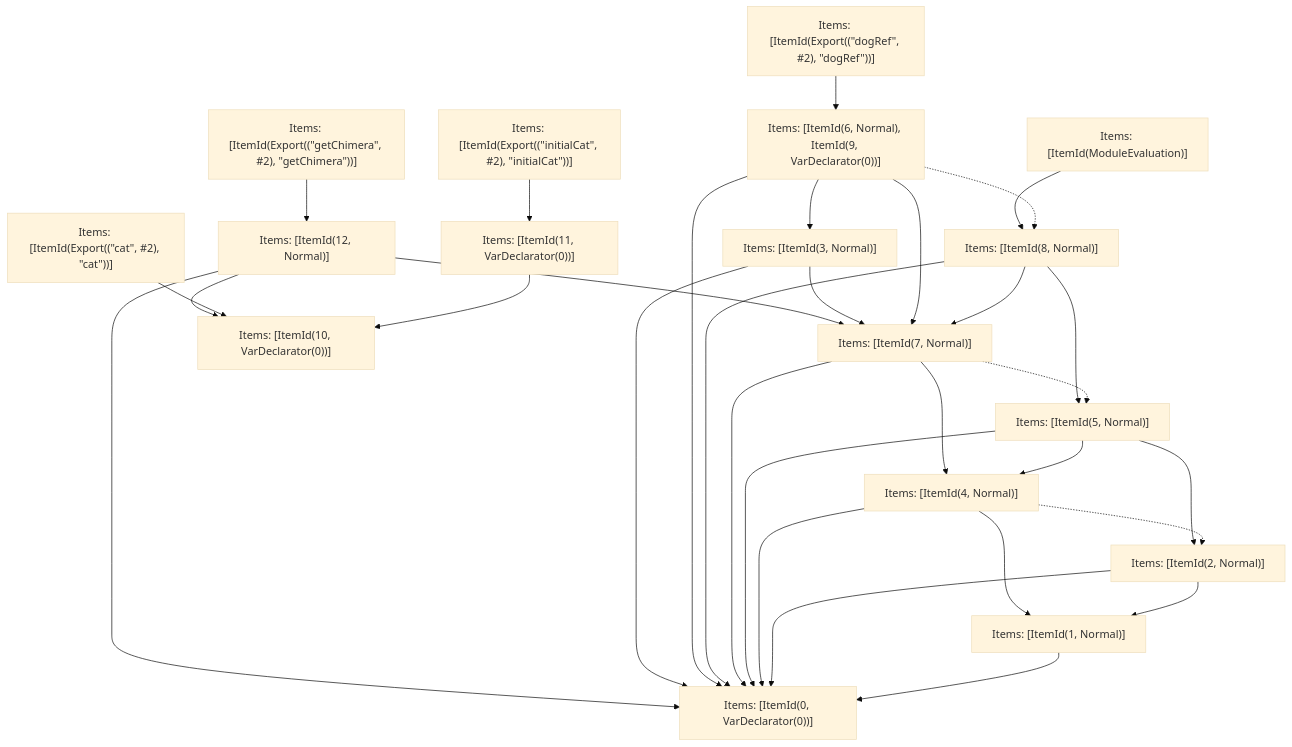
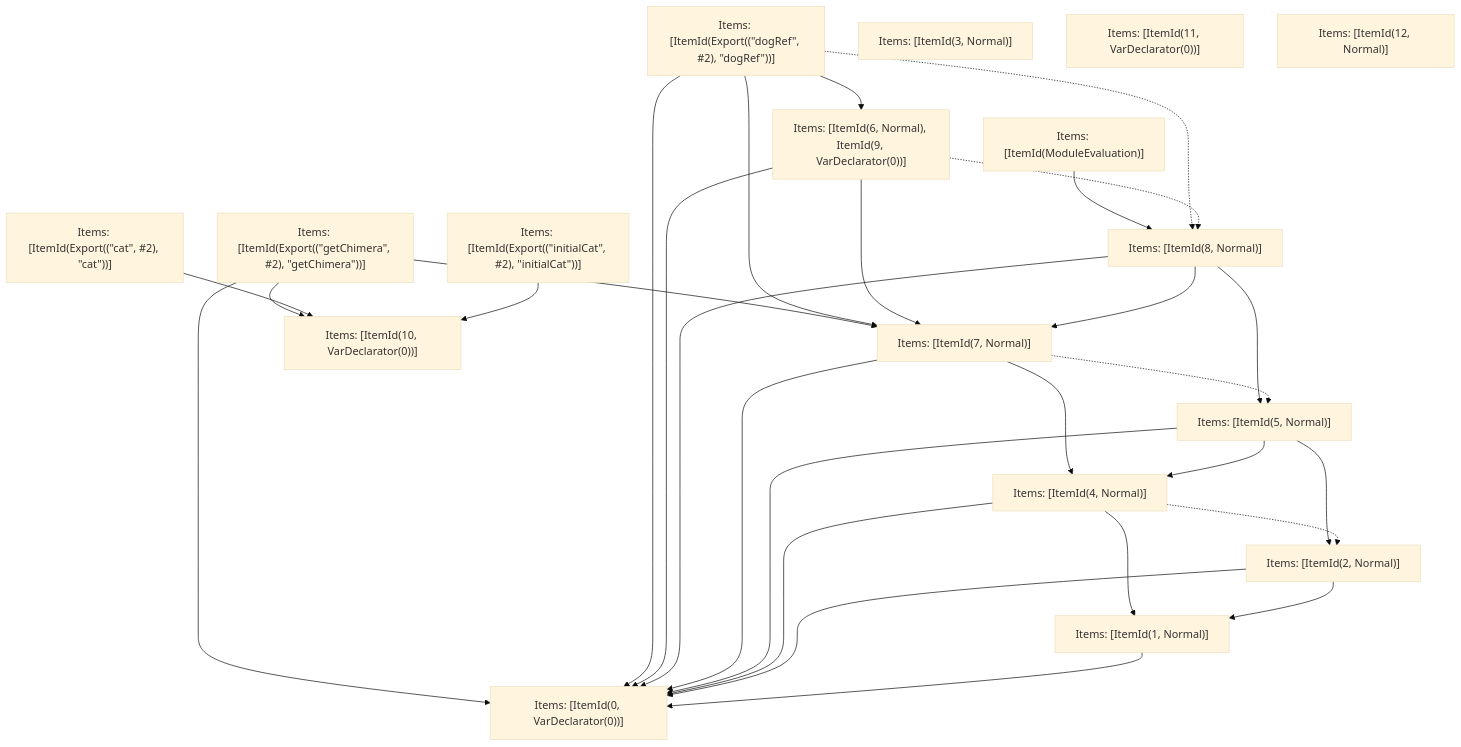
One commit to Sonar-UX-Testing-FreePlan/next.js changed the fifth of 5 diagrams in turbopack/crates/turbopack-ecmascript/tests/tree-shaker/analyzer/complex/output.md. Above: the diagram before and after it, drawn with Mermaid (base theme). The commit also changed other lines of this file and 38 other files, not shown here.

````diff
--- a/turbopack/crates/turbopack-ecmascript/tests/tree-shaker/analyzer/complex/output.md
+++ b/turbopack/crates/turbopack-ecmascript/tests/tree-shaker/analyzer/complex/output.md
@@ -351,50 +351,48 @@
 ```mermaid
 graph TD
     N0["Items: [ItemId(ModuleEvaluation)]"];
     N1["Items: [ItemId(Export((&quot;cat&quot;, #2), &quot;cat&quot;))]"];
     N2["Items: [ItemId(Export((&quot;dogRef&quot;, #2), &quot;dogRef&quot;))]"];
     N3["Items: [ItemId(Export((&quot;getChimera&quot;, #2), &quot;getChimera&quot;))]"];
     N4["Items: [ItemId(Export((&quot;initialCat&quot;, #2), &quot;initialCat&quot;))]"];
     N5["Items: [ItemId(0, VarDeclarator(0))]"];
     N6["Items: [ItemId(1, Normal)]"];
     N7["Items: [ItemId(2, Normal)]"];
-    N8["Items: [ItemId(3, Normal)]"];
-    N9["Items: [ItemId(4, Normal)]"];
-    N10["Items: [ItemId(5, Normal)]"];
-    N11["Items: [ItemId(6, Normal), ItemId(9, VarDeclarator(0))]"];
-    N12["Items: [ItemId(7, Normal)]"];
-    N13["Items: [ItemId(8, Normal)]"];
-    N14["Items: [ItemId(10, VarDeclarator(0))]"];
+    N8["Items: [ItemId(4, Normal)]"];
+    N9["Items: [ItemId(5, Normal)]"];
+    N10["Items: [ItemId(6, Normal), ItemId(9, VarDeclarator(0))]"];
+    N11["Items: [ItemId(7, Normal)]"];
+    N12["Items: [ItemId(8, Normal)]"];
+    N13["Items: [ItemId(10, VarDeclarator(0))]"];
+    N14["Items: [ItemId(3, Normal)]"];
     N15["Items: [ItemId(11, VarDeclarator(0))]"];
     N16["Items: [ItemId(12, Normal)]"];
     N6 --> N5;
     N7 --> N6;
     N7 --> N5;
-    N9 --> N6;
+    N8 --> N6;
+    N8 --> N5;
+    N8 -.-> N7;
+    N9 --> N8;
     N9 --> N5;
-    N9 -.-> N7;
-    N10 --> N9;
+    N9 --> N7;
+    N11 --> N8;
+    N11 --> N5;
+    N11 -.-> N9;
+    N12 --> N11;
+    N12 --> N5;
+    N12 --> N9;
+    N10 --> N11;
     N10 --> N5;
-    N10 --> N7;
-    N12 --> N9;
-    N12 --> N5;
-    N12 -.-> N10;
-    N13 --> N12;
-    N13 --> N5;
-    N13 --> N10;
-    N11 --> N12;
-    N11 --> N5;
-    N11 --> N8;
-    N15 --> N14;
+    N4 --> N13;
     N2 --> N11;
-    N1 --> N14;
-    N4 --> N15;
-    N3 --> N16;
-    N8 --> N12;
-    N8 --> N5;
-    N11 -.-> N13;
-    N16 --> N14;
-    N16 --> N12;
-    N16 --> N5;
-    N0 --> N13;
+    N2 --> N10;
+    N1 --> N13;
+    N2 --> N5;
+    N3 --> N11;
+    N3 --> N13;
+    N10 -.-> N12;
+    N2 -.-> N12;
+    N3 --> N5;
+    N0 --> N12;
 ```
````
